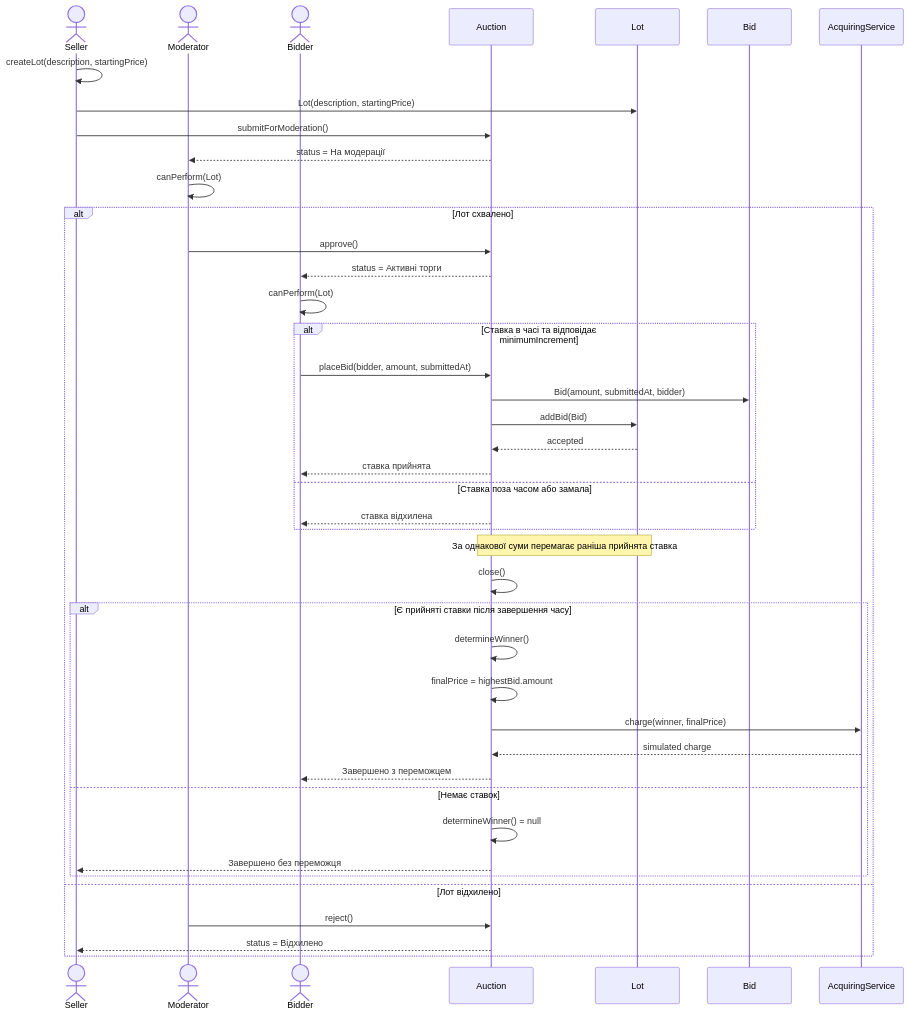
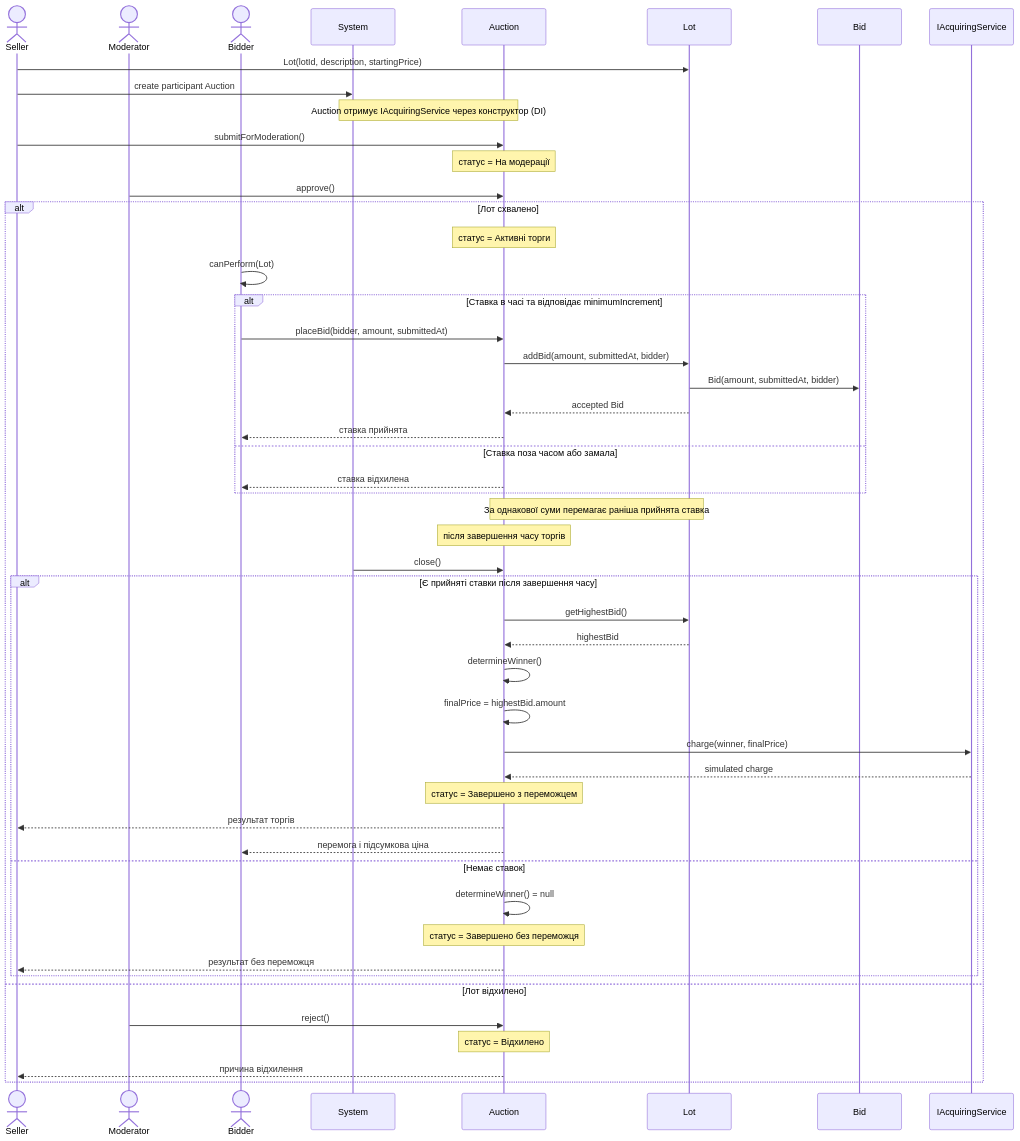
One commit to KitoragiVioleta/onlineauction changed the diagram in docs/sequence.mmd. Above: the diagram before and after it, drawn with Mermaid. The commit also changed 6 other files, not shown here.

Commit message:
feat: regenerate diagrams and CRC cards for refined model

```diff
--- a/docs/sequence.mmd
+++ b/docs/sequence.mmd
@@ -1,43 +1,51 @@
 sequenceDiagram
   actor Seller
   actor Moderator
   actor Bidder
+  participant System
   participant Auction
   participant Lot
   participant Bid
-  participant AcquiringService
+  participant IAcquiringService
 
-  Seller->>Seller: createLot(description, startingPrice)
-  Seller->>Lot: Lot(description, startingPrice)
+  Seller->>Lot: Lot(lotId, description, startingPrice)
+  Seller->>System: create participant Auction
+  Note over System,Auction: Auction отримує IAcquiringService через конструктор (DI)
   Seller->>Auction: submitForModeration()
-  Auction-->>Moderator: status = На модерації
-  Moderator->>Moderator: canPerform(Lot)
+  Note over Auction: статус = На модерації
+  Moderator->>Auction: approve()
   alt Лот схвалено
-    Moderator->>Auction: approve()
-    Auction-->>Bidder: status = Активні торги
+    Note over Auction: статус = Активні торги
     Bidder->>Bidder: canPerform(Lot)
     alt Ставка в часі та відповідає minimumIncrement
       Bidder->>Auction: placeBid(bidder, amount, submittedAt)
-      Auction->>Bid: Bid(amount, submittedAt, bidder)
-      Auction->>Lot: addBid(Bid)
-      Lot-->>Auction: accepted
+      Auction->>Lot: addBid(amount, submittedAt, bidder)
+      Lot->>Bid: Bid(amount, submittedAt, bidder)
+      Lot-->>Auction: accepted Bid
       Auction-->>Bidder: ставка прийнята
     else Ставка поза часом або замала
       Auction-->>Bidder: ставка відхилена
     end
     Note over Auction,Lot: За однакової суми перемагає раніша прийнята ставка
-    Auction->>Auction: close()
+    Note over Auction: після завершення часу торгів
+    System->>Auction: close()
     alt Є прийняті ставки після завершення часу
+      Auction->>Lot: getHighestBid()
+      Lot-->>Auction: highestBid
       Auction->>Auction: determineWinner()
       Auction->>Auction: finalPrice = highestBid.amount
-      Auction->>AcquiringService: charge(winner, finalPrice)
-      AcquiringService-->>Auction: simulated charge
-      Auction-->>Bidder: Завершено з переможцем
+      Auction->>IAcquiringService: charge(winner, finalPrice)
+      IAcquiringService-->>Auction: simulated charge
+      Note over Auction: статус = Завершено з переможцем
+      Auction-->>Seller: результат торгів
+      Auction-->>Bidder: перемога і підсумкова ціна
     else Немає ставок
       Auction->>Auction: determineWinner() = null
-      Auction-->>Seller: Завершено без переможця
+      Note over Auction: статус = Завершено без переможця
+      Auction-->>Seller: результат без переможця
     end
   else Лот відхилено
     Moderator->>Auction: reject()
-    Auction-->>Seller: status = Відхилено
+    Note over Auction: статус = Відхилено
+    Auction-->>Seller: причина відхилення
   end
```
